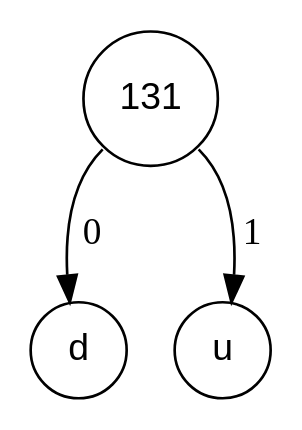
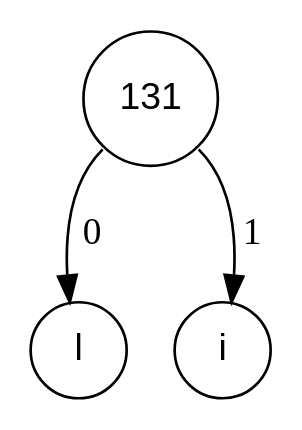
Before and after one commit to Procuste34/codage_huffman_c: the diagram in fichiers_viz/arbre_codage_etape_4.dot, drawn with Graphviz. The commit also changed 47 other files, not shown here.

```diff
--- a/fichiers_viz/arbre_codage_etape_4.dot
+++ b/fichiers_viz/arbre_codage_etape_4.dot
@@ -1,8 +1,8 @@
 digraph POT_test {
 node [fontname="Arial", shape="circle", width=0.5];
 131 [label = "131"]
-100 [label = "d"]
-117 [label = "u"]
-131:sw -> 100 [label = " 0"]
-131:se -> 117 [label = " 1"]
+108 [label = "l"]
+105 [label = "i"]
+131:sw -> 108 [label = " 0"]
+131:se -> 105 [label = " 1"]
 }
```
